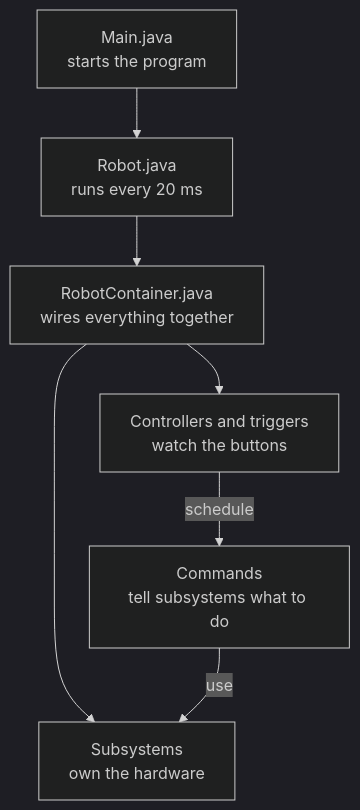
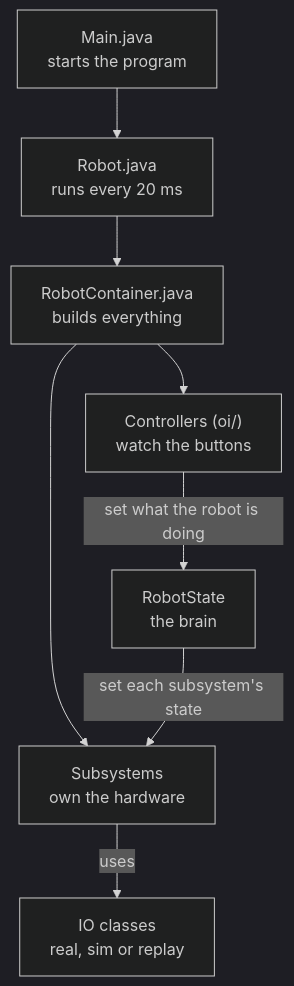
Before and after one commit to DynamicWhiteHat/FRC-Java-Docs: the diagram in docs/frcSpecifics/frcProgramming.md, drawn with Mermaid (dark theme). The commit also changed other lines of this file and 10 other files, not shown here.

First line of the commit message:
Match the team's real code structure; add RobotState and Constants pages

````diff
--- a/docs/frcSpecifics/frcProgramming.md
+++ b/docs/frcSpecifics/frcProgramming.md
@@ -96,9 +102,10 @@
 ```mermaid
 graph TD
     M["Main.java<br>starts the program"] --> R["Robot.java<br>runs every 20 ms"]
-    R --> RC["RobotContainer.java<br>wires everything together"]
+    R --> RC["RobotContainer.java<br>builds everything"]
     RC --> S["Subsystems<br>own the hardware"]
-    RC --> C["Controllers and triggers<br>watch the buttons"]
-    C -->|schedule| CMD["Commands<br>tell subsystems what to do"]
-    CMD -->|use| S
+    RC --> C["Controllers (oi/)<br>watch the buttons"]
+    C -->|"set what the robot is doing"| RS["RobotState<br>the brain"]
+    RS -->|"set each subsystem's state"| S
+    S -->|"uses"| IO["IO classes<br>real, sim or replay"]
 ```
````
